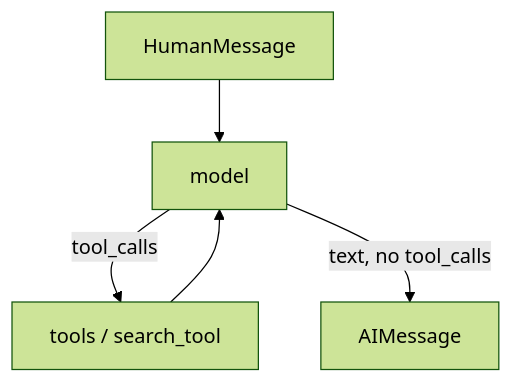
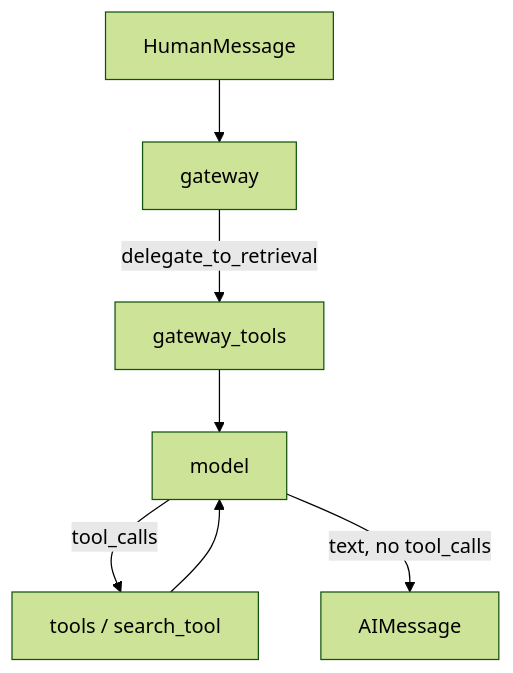
Before and after one commit to leosanner/graph_pilot: the first of 3 diagrams in docs/dev/agent-graph.md, drawn with Mermaid (forest theme). The commit also changed other lines of this file and 1 other file, not shown here.

First line of the commit message:
docs: describe the gateway layer in the agent graph

````diff
--- a/docs/dev/agent-graph.md
+++ b/docs/dev/agent-graph.md
@@ -21,7 +23,9 @@
 ```mermaid
 flowchart TD
-  A["HumanMessage"] --> B["model"]
-  B -->|"tool_calls"| C["tools / search_tool"]
-  C --> B
-  B -->|"text, no tool_calls"| D["AIMessage"]
+  A["HumanMessage"] --> B["gateway"]
+  B -->|"delegate_to_retrieval"| C["gateway_tools"]
+  C --> D["model"]
+  D -->|"tool_calls"| E["tools / search_tool"]
+  E --> D
+  D -->|"text, no tool_calls"| F["AIMessage"]
 ```
````
